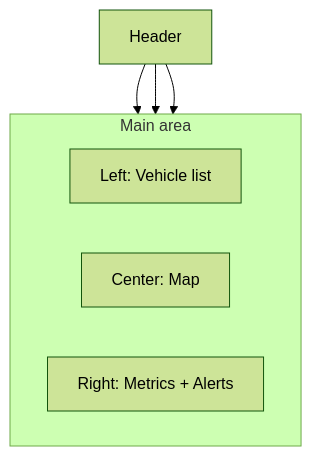
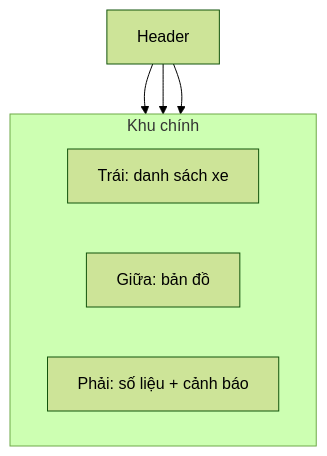
The diagram in resources/reports/thesis/final/assets/uml/06-chuong-3-giai-phap-frontend-hinh-3-21.mmd (anmh1205/IoT_Vehicle_Tracking_System), drawn with Mermaid (forest theme) before and after one commit. The commit also changed 209 other files, not shown here.

```diff
--- a/resources/reports/thesis/final/assets/uml/06-chuong-3-giai-phap-frontend-hinh-3-21.mmd
+++ b/resources/reports/thesis/final/assets/uml/06-chuong-3-giai-phap-frontend-hinh-3-21.mmd
@@ -1,11 +1,11 @@
 flowchart TB
     H["Header"]
-    subgraph Body["Main area"]
+    subgraph Body["Khu chính"]
         direction LR
-        L["Left: Vehicle list"]
-        M["Center: Map"]
-        R["Right: Metrics + Alerts"]
+        L["Trái: danh sách xe"]
+        M["Giữa: bản đồ"]
+        R["Phải: số liệu + cảnh báo"]
     end
     H --> L
     H --> M
     H --> R
```
